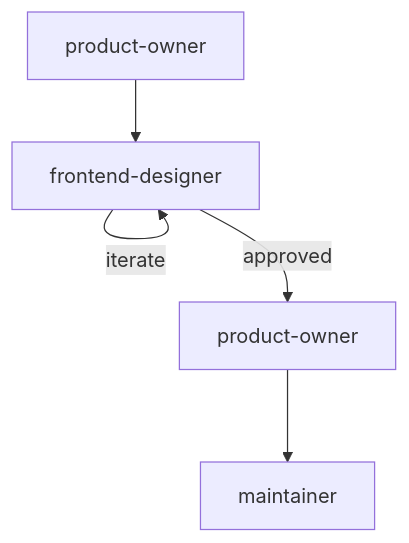
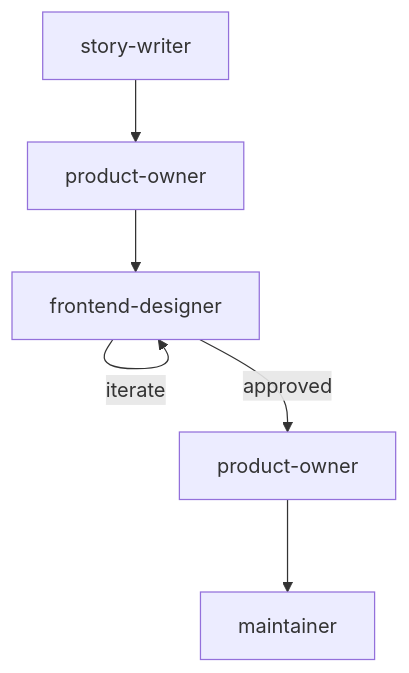
The diagram in agents/skills/workflow/variants/design.md (thiscantbeserious/ragts-learning-platform), drawn with Mermaid before and after one commit. The commit also changed other lines of this file and 10 other files, not shown here.

First line of the commit message:
chore(agents): add story-writer agent (#34)

````diff
--- a/agents/skills/workflow/variants/design.md
+++ b/agents/skills/workflow/variants/design.md
@@ -5,7 +5,8 @@
 ```mermaid
 graph TD
-    PO1[product-owner] --> FD[frontend-designer]
+    SW[story-writer] --> PO1[product-owner]
+    PO1 --> FD[frontend-designer]
     FD -->|iterate| FD
     FD -->|approved| PO2[product-owner]
     PO2 --> M[maintainer]
 ```
````
